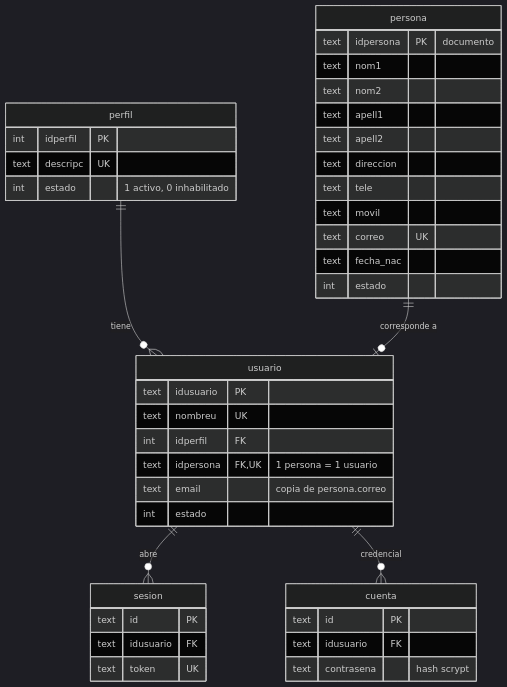
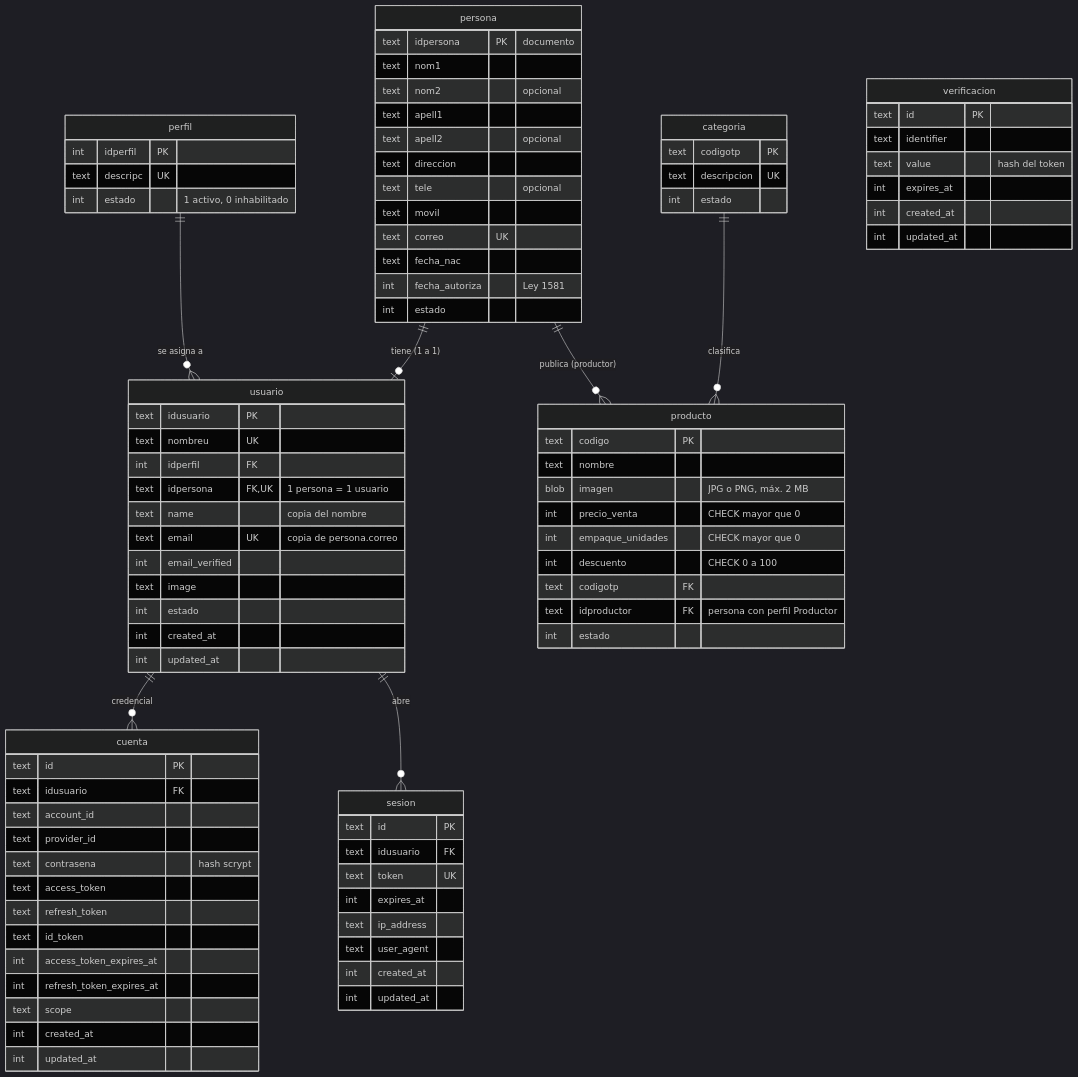
One commit to Voltaire405/medialuna_picur changed the second of 4 diagrams in docs/arquitectura.md. Above: the diagram before and after it, drawn with Mermaid (dark theme). The commit also changed other lines of this file and 1 other file, not shown here.

Commit message:
docs: describir el modelo y las gestiones del Parcial II

````diff
--- a/docs/arquitectura.md
+++ b/docs/arquitectura.md
@@ -42,9 +48,11 @@
 ```mermaid
 erDiagram
-  perfil ||--o{ usuario : "tiene"
-  persona ||--o| usuario : "corresponde a"
+  perfil ||--o{ usuario : "se asigna a"
+  persona ||--o| usuario : "tiene (1 a 1)"
+  usuario ||--o{ cuenta : "credencial"
   usuario ||--o{ sesion : "abre"
-  usuario ||--o{ cuenta : "credencial"
+  categoria ||--o{ producto : "clasifica"
+  persona ||--o{ producto : "publica (productor)"
 
   perfil {
     int idperfil PK
@@ -54,14 +62,15 @@
   persona {
     text idpersona PK "documento"
     text nom1
-    text nom2
+    text nom2 "opcional"
     text apell1
-    text apell2
+    text apell2 "opcional"
     text direccion
-    text tele
+    text tele "opcional"
     text movil
     text correo UK
     text fecha_nac
+    int fecha_autoriza "Ley 1581"
     int estado
   }
   usuario {
@@ -69,17 +78,61 @@
     text nombreu UK
     int idperfil FK
     text idpersona FK,UK "1 persona = 1 usuario"
-    text email "copia de persona.correo"
+    text name "copia del nombre"
+    text email UK "copia de persona.correo"
+    int email_verified
+    text image
     int estado
+    int created_at
+    int updated_at
   }
   cuenta {
     text id PK
     text idusuario FK
+    text account_id
+    text provider_id
     text contrasena "hash scrypt"
+    text access_token
+    text refresh_token
+    text id_token
+    int access_token_expires_at
+    int refresh_token_expires_at
+    text scope
+    int created_at
+    int updated_at
   }
   sesion {
     text id PK
     text idusuario FK
     text token UK
+    int expires_at
+    text ip_address
+    text user_agent
+    int created_at
+    int updated_at
+  }
+  verificacion {
+    text id PK
+    text identifier
+    text value "hash del token"
+    int expires_at
+    int created_at
+    int updated_at
+  }
+  categoria {
+    text codigotp PK
+    text descripcion UK
+    int estado
+  }
+  producto {
+    text codigo PK
+    text nombre
+    blob imagen "JPG o PNG, máx. 2 MB"
+    int precio_venta "CHECK mayor que 0"
+    int empaque_unidades "CHECK mayor que 0"
+    int descuento "CHECK 0 a 100"
+    text codigotp FK
+    text idproductor FK "persona con perfil Productor"
+    int estado
   }
 ```
````
